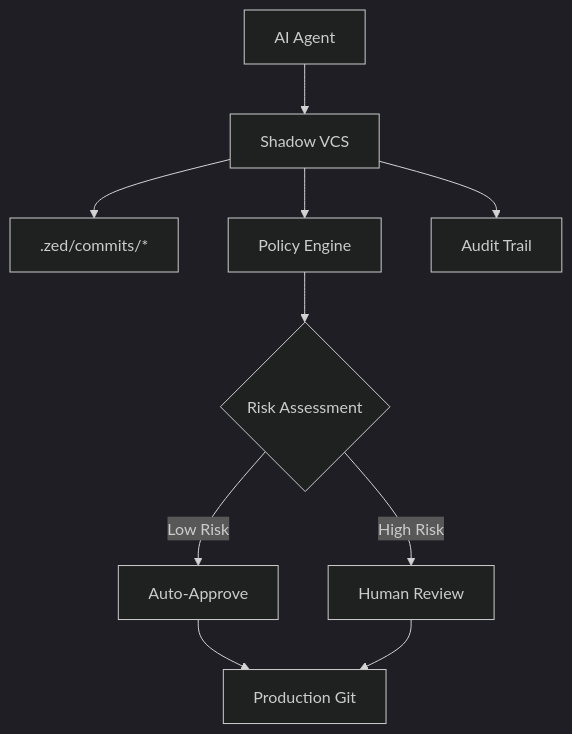
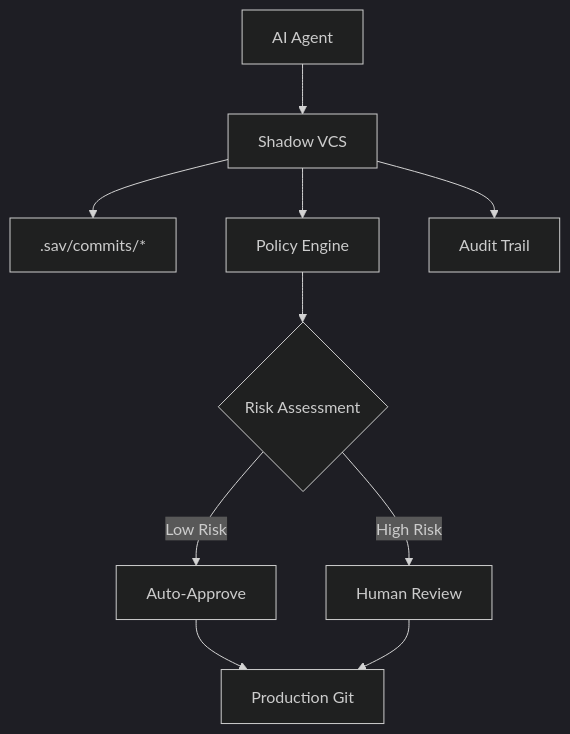
One commit to AKIFQ/sav changed the diagram in README.md. Above: the diagram before and after it, drawn with Mermaid (dark theme). The commit also changed other lines of this file and 30 other files, not shown here.

Commit message:
Rename project from ZED to SAV because of the  IDE

````diff
--- a/README.md
+++ b/README.md
@@ -35,12 +35,12 @@
 ```mermaid
 graph TD
     A[AI Agent] --> B[Shadow VCS]
-    B --> C[.zed/commits/*]
+    B --> C[.sav/commits/*]
     B --> D[Policy Engine]
     D --> E{Risk Assessment}
     E -->|Low Risk| F[Auto-Approve]
     E -->|High Risk| G[Human Review]
     F --> H[Production Git]
     G --> H
     B --> I[Audit Trail]
 ```
````
